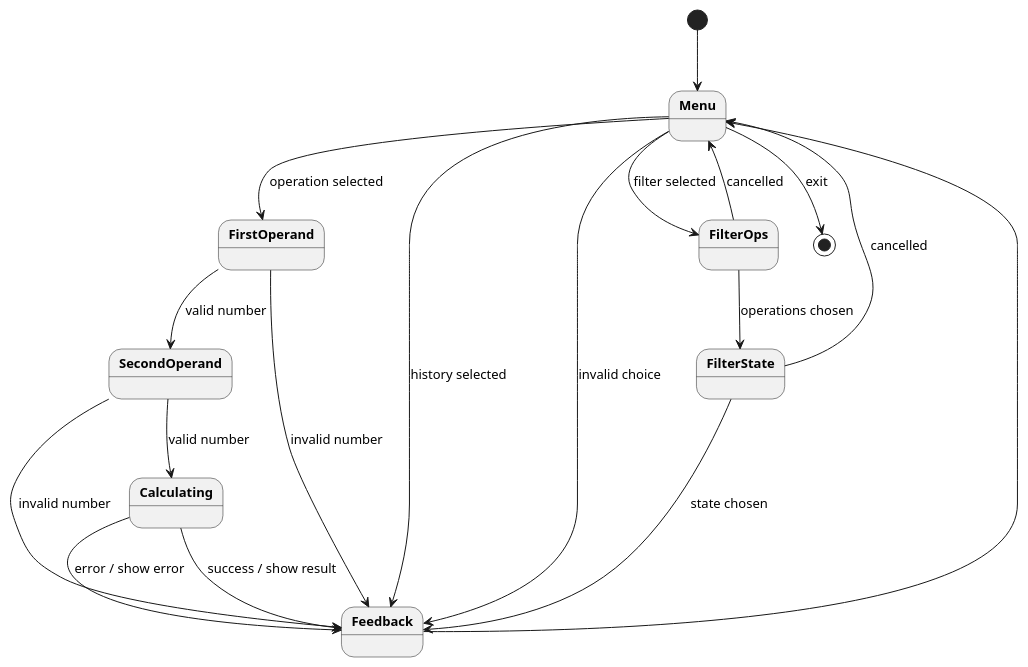
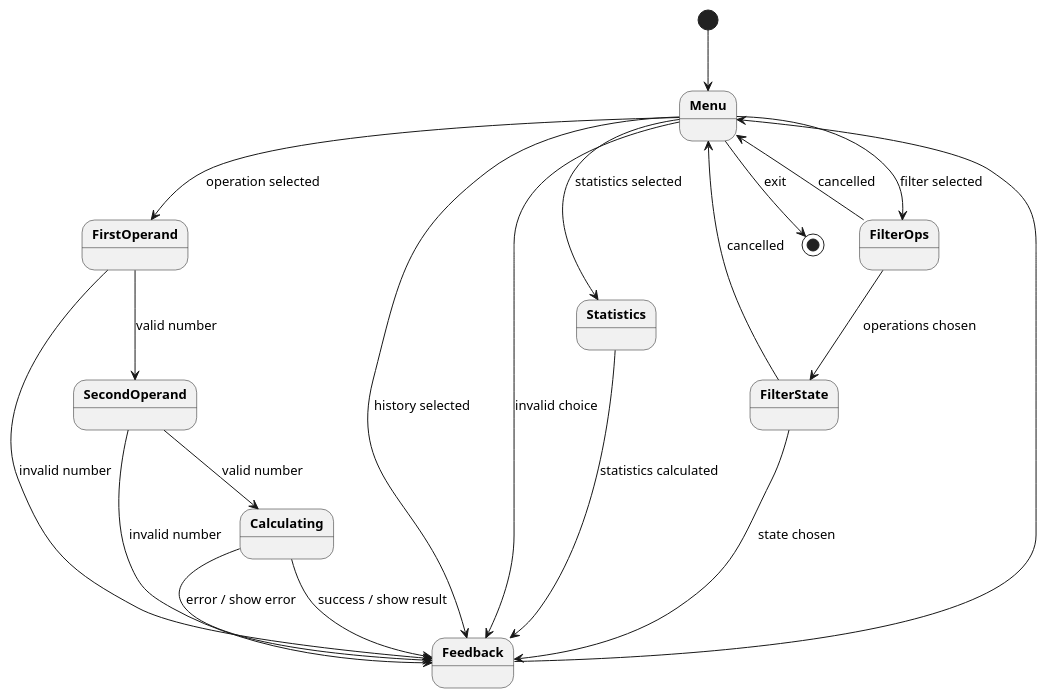
One commit to DanielRiha8906/Software_autoevolution_using_agents changed the diagram in experiments/pipeline/user_stories/calculator/artifacts/state_diagram_interactive.puml. Above: the diagram before and after it, drawn with PlantUML. The commit also changed 17 other files, not shown here.

```diff
--- a/experiments/pipeline/user_stories/calculator/artifacts/state_diagram_interactive.puml
+++ b/experiments/pipeline/user_stories/calculator/artifacts/state_diagram_interactive.puml
@@ -1,32 +1,35 @@
 @startuml
 
 skinparam defaultFontSize 13
 skinparam stateFontStyle bold
 
 top to bottom direction
 
 [*] --> Menu
 
 Menu --> FirstOperand : operation selected
 Menu --> Feedback : history selected
 Menu --> FilterOps : filter selected
+Menu --> Statistics : statistics selected
 Menu --> Feedback : invalid choice
 Menu --> [*] : exit
+
+Statistics --> Feedback : statistics calculated
 
 FilterOps --> FilterState : operations chosen
 FilterOps --> Menu : cancelled
 
 FilterState --> Feedback : state chosen
 FilterState --> Menu : cancelled
 
 FirstOperand --> SecondOperand : valid number
 FirstOperand --> Feedback : invalid number
 
 SecondOperand --> Calculating : valid number
 SecondOperand --> Feedback : invalid number
 
 Calculating --> Feedback : success / show result
 Calculating --> Feedback : error / show error
 Feedback --> Menu
 
 @enduml
```
